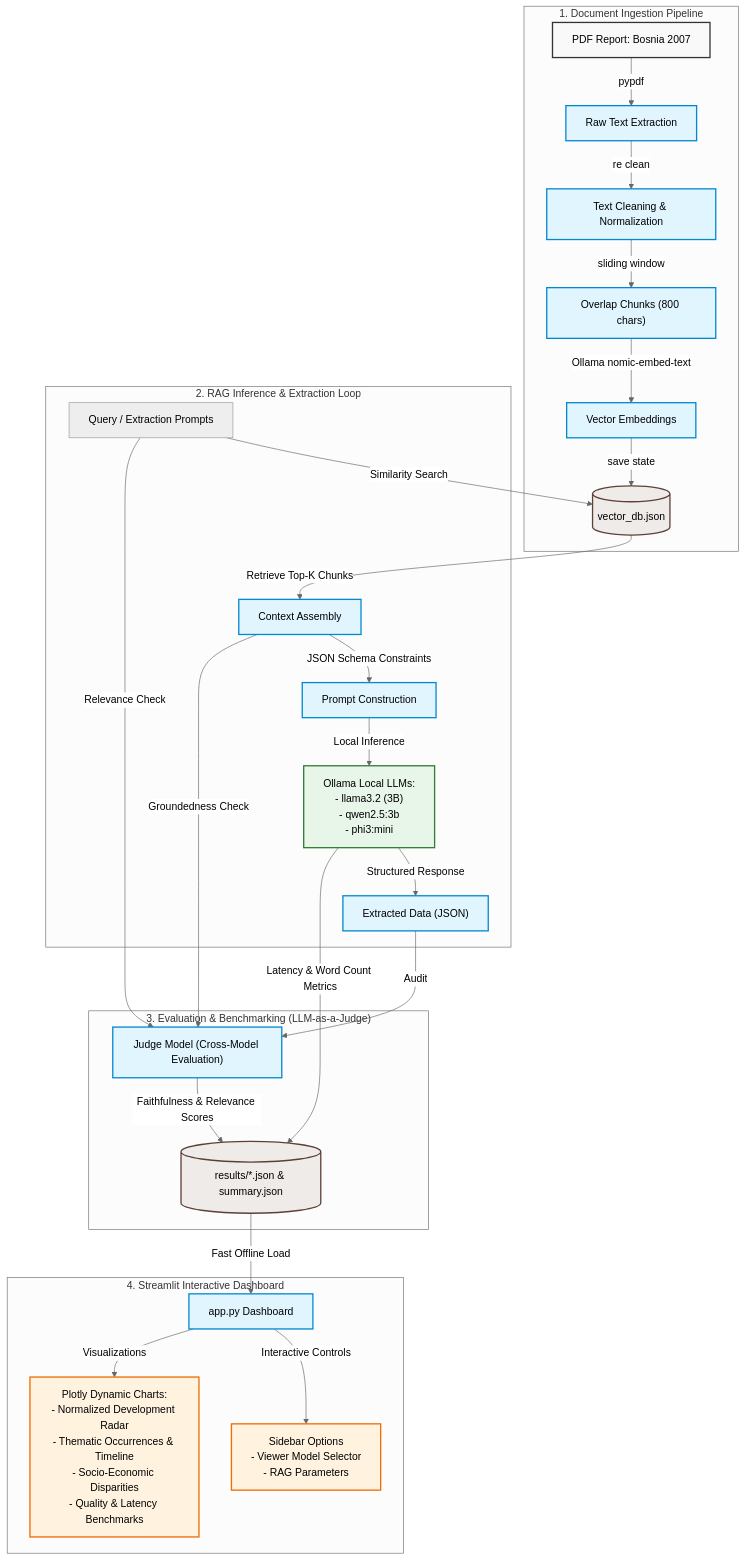
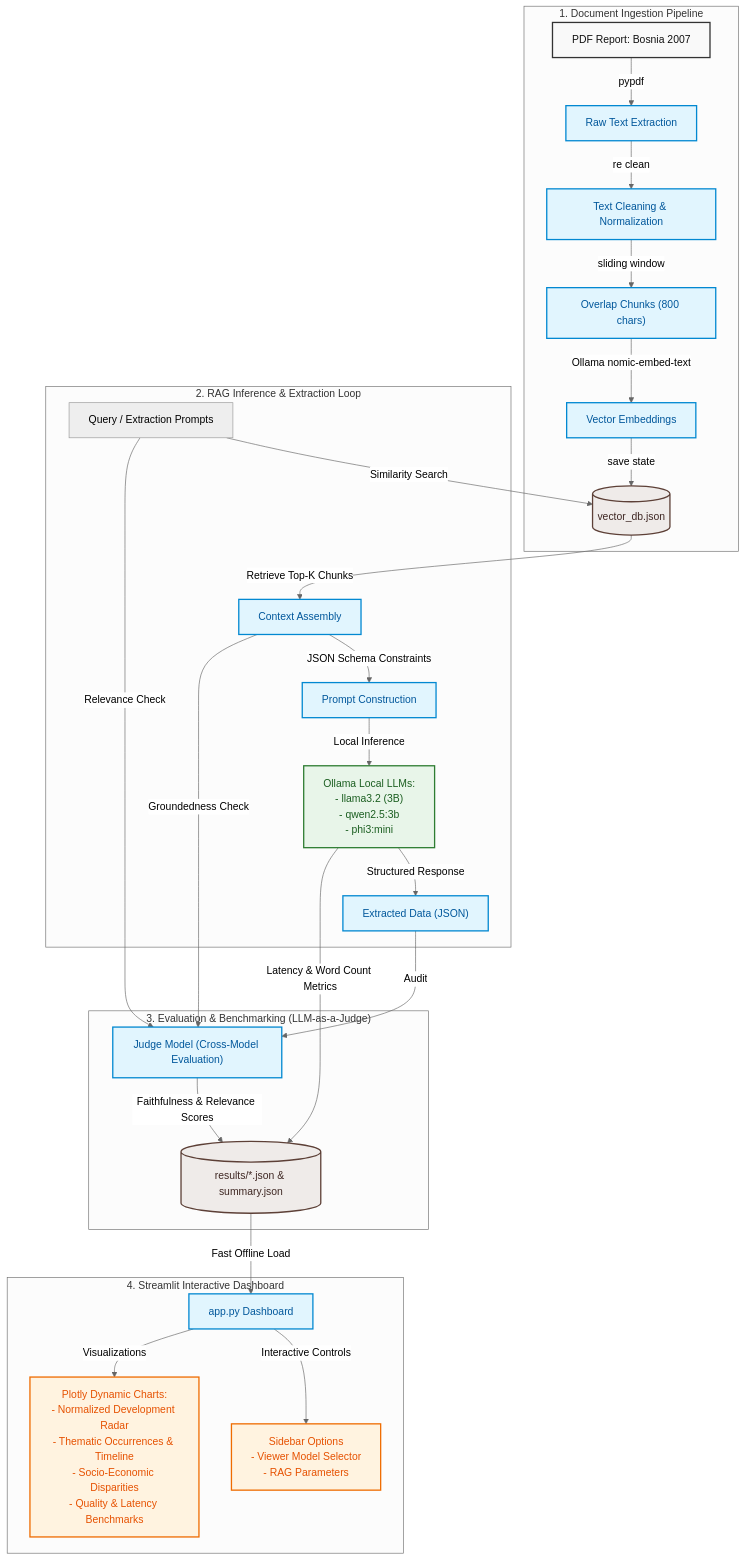
The diagram in README.md (Deshan-Chathuranga/ai-un-development-intelligence), drawn with Mermaid (neutral theme) before and after one commit.

Commit message:
modify architect diagram

````diff
--- a/README.md
+++ b/README.md
@@ -11,50 +11,50 @@
 ```mermaid
 graph TD
     %% Styling
-    classDef source fill:#f9f9f9,stroke:#333,stroke-width:2px;
-    classDef process fill:#e1f5fe,stroke:#0288d1,stroke-width:2px;
-    classDef storage fill:#efebe9,stroke:#5d4037,stroke-width:2px;
-    classDef llm fill:#e8f5e9,stroke:#2e7d32,stroke-width:2px;
-    classDef ui fill:#fff3e0,stroke:#ef6c00,stroke-width:2px;
+    classDef source fill:#f9f9f9,stroke:#333333,stroke-width:2px,color:#111111;
+    classDef process fill:#e1f5fe,stroke:#0288d1,stroke-width:2px,color:#01579b;
+    classDef storage fill:#efebe9,stroke:#5d4037,stroke-width:2px,color:#3e2723;
+    classDef llm fill:#e8f5e9,stroke:#2e7d32,stroke-width:2px,color:#1b5e20;
+    classDef ui fill:#fff3e0,stroke:#ef6c00,stroke-width:2px,color:#e65100;
     
     %% Ingestion Pipeline
     subgraph Ingestion ["1. Document Ingestion Pipeline"]
         PDF["PDF Report: Bosnia 2007"] -->|pypdf| RawText["Raw Text Extraction"]
         RawText -->|re clean| CleanText["Text Cleaning & Normalization"]
         CleanText -->|sliding window| Chunks["Overlap Chunks (800 chars)"]
         Chunks -->|Ollama nomic-embed-text| Embeddings["Vector Embeddings"]
         Embeddings -->|save state| VecDB[("vector_db.json")]
     end
     
     %% RAG Pipeline
     subgraph RAG ["2. RAG Inference & Extraction Loop"]
         Query["Query / Extraction Prompts"] -->|Similarity Search| VecDB
         VecDB -->|Retrieve Top-K Chunks| Context["Context Assembly"]
         Context -->|JSON Schema Constraints| Prompt["Prompt Construction"]
         Prompt -->|Local Inference| LLMs["Ollama Local LLMs:<br/>- llama3.2 (3B)<br/>- qwen2.5:3b<br/>- phi3:mini"]
         LLMs -->|Structured Response| Output["Extracted Data (JSON)"]
     end
     
     %% Evaluation
     subgraph Eval ["3. Evaluation & Benchmarking (LLM-as-a-Judge)"]
         Output -->|Audit| Judge["Judge Model (Cross-Model Evaluation)"]
         Context -->|Groundedness Check| Judge
         Query -->|Relevance Check| Judge
         Judge -->|Faithfulness & Relevance Scores| BenchmarkCache[("results/*.json & summary.json")]
         LLMs -->|Latency & Word Count Metrics| BenchmarkCache
     end
     
     %% Dashboard
     subgraph Dashboard ["4. Streamlit Interactive Dashboard"]
         BenchmarkCache -->|Fast Offline Load| StreamlitApp["app.py Dashboard"]
         StreamlitApp -->|Interactive Controls| Sidebar["Sidebar Options<br/>- Viewer Model Selector<br/>- RAG Parameters"]
         StreamlitApp -->|Visualizations| PlotlyCharts["Plotly Dynamic Charts:<br/>- Normalized Development Radar<br/>- Thematic Occurrences & Timeline<br/>- Socio-Economic Disparities<br/>- Quality & Latency Benchmarks"]
     end
 
     %% Apply Styles
     class PDF source;
     class RawText,CleanText,Chunks,Embeddings,Context,Prompt,Output,Judge,StreamlitApp process;
     class VecDB,BenchmarkCache storage;
     class LLMs llm;
     class Sidebar,PlotlyCharts ui;
 ```
````
